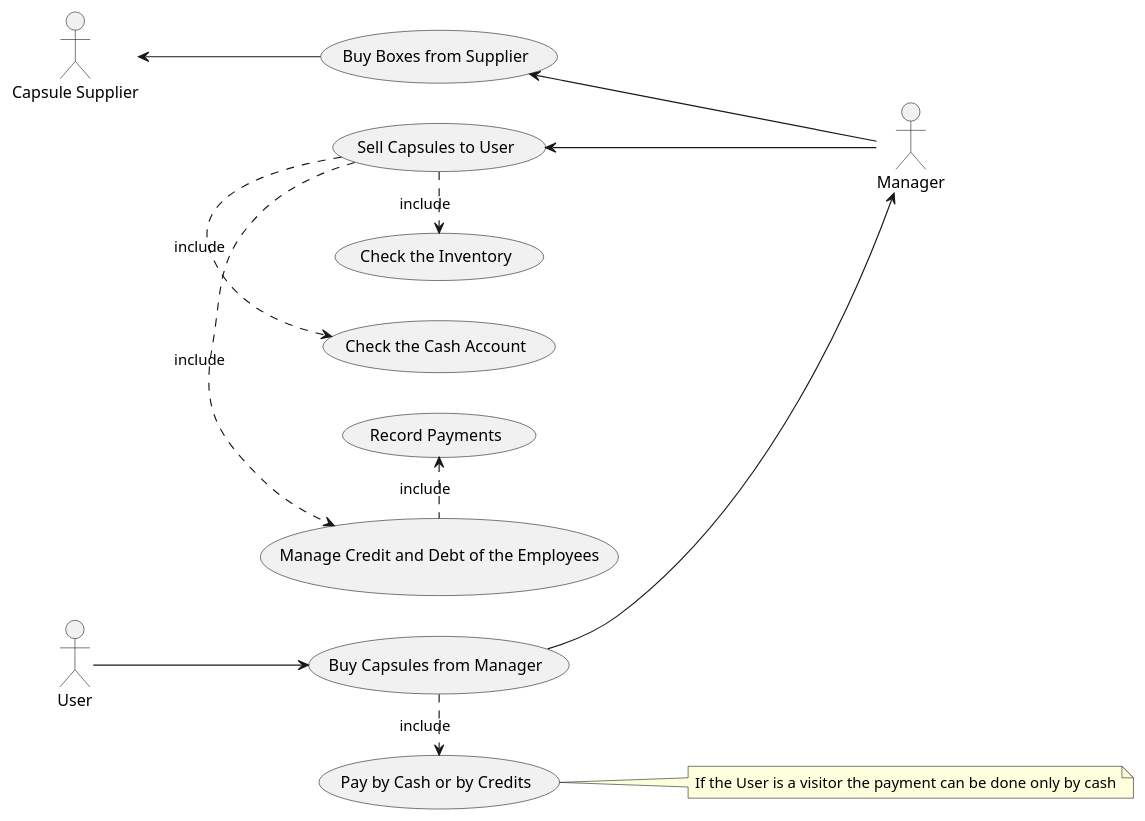
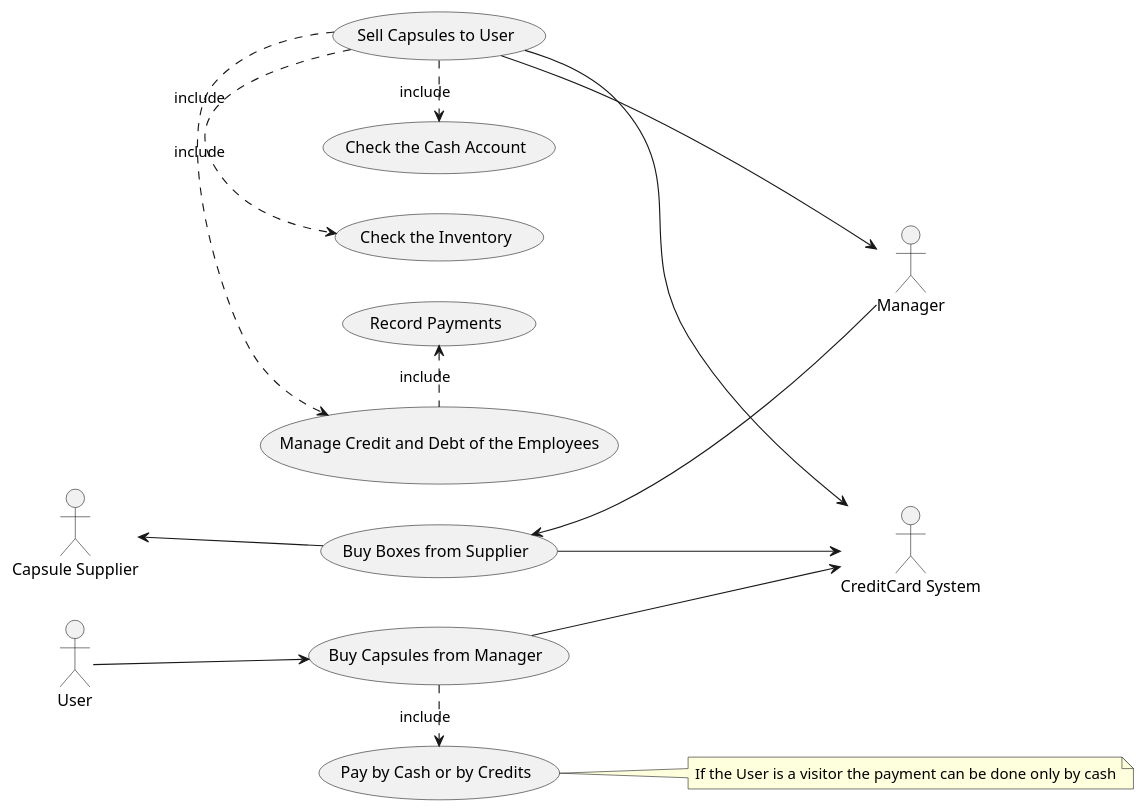
The second of 4 diagrams in templates/RequirementsTemplate.md (SimoneDutto/LaTazza), drawn with PlantUML before and after one commit. The commit also changed other lines of this file, not shown here.

````diff
--- a/templates/RequirementsTemplate.md
+++ b/templates/RequirementsTemplate.md
@@ -151,30 +154,33 @@
 ```plantuml
 
 left to right direction
 skinparam packageStyle rectangle
 
 actor Manager as m
 actor User as u
 actor "Capsule Supplier" as s
+actor "CreditCard System" as c
 
 (Buy Boxes from Supplier) <-- m
 s <-- (Buy Boxes from Supplier)
 
 u --> (Buy Capsules from Manager)
-(Buy Capsules from Manager) --> m
-(Sell Capsules to User) <-- m
+(Sell Capsules to User) --> m
 
+(Buy Boxes from Supplier) --> c
+(Buy Capsules from Manager) --> c
+(Sell Capsules to User) --> c
 
 (Sell Capsules to User) .> (Check the Inventory): include
 (Sell Capsules to User) .> (Check the Cash Account): include
 (Sell Capsules to User) .> (Manage Credit and Debt of the Employees): include
 
 
 (Record Payments) <. (Manage Credit and Debt of the Employees): include
 
 
 (Buy Capsules from Manager) .> (Pay by Cash or by Credits): include
 note "If the User is a visitor the payment can be done only by cash" as n
 (Pay by Cash or by Credits) -- n
 
 ```
````
